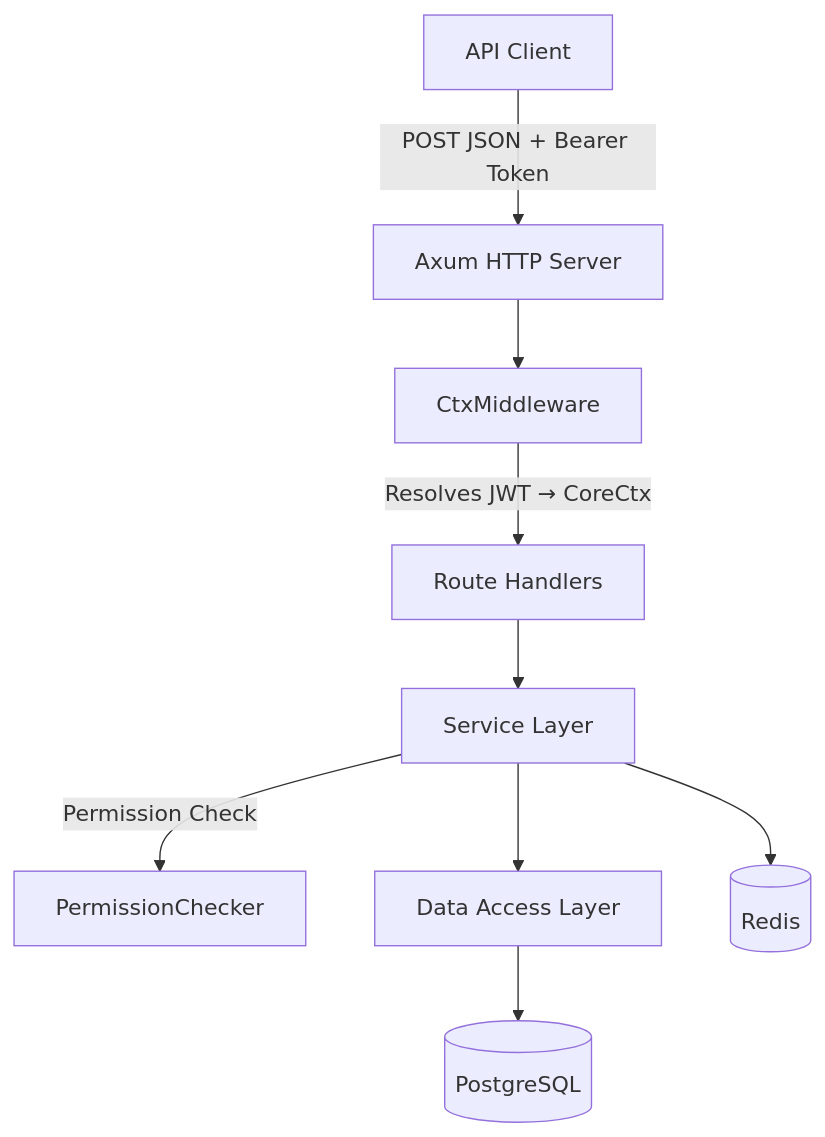
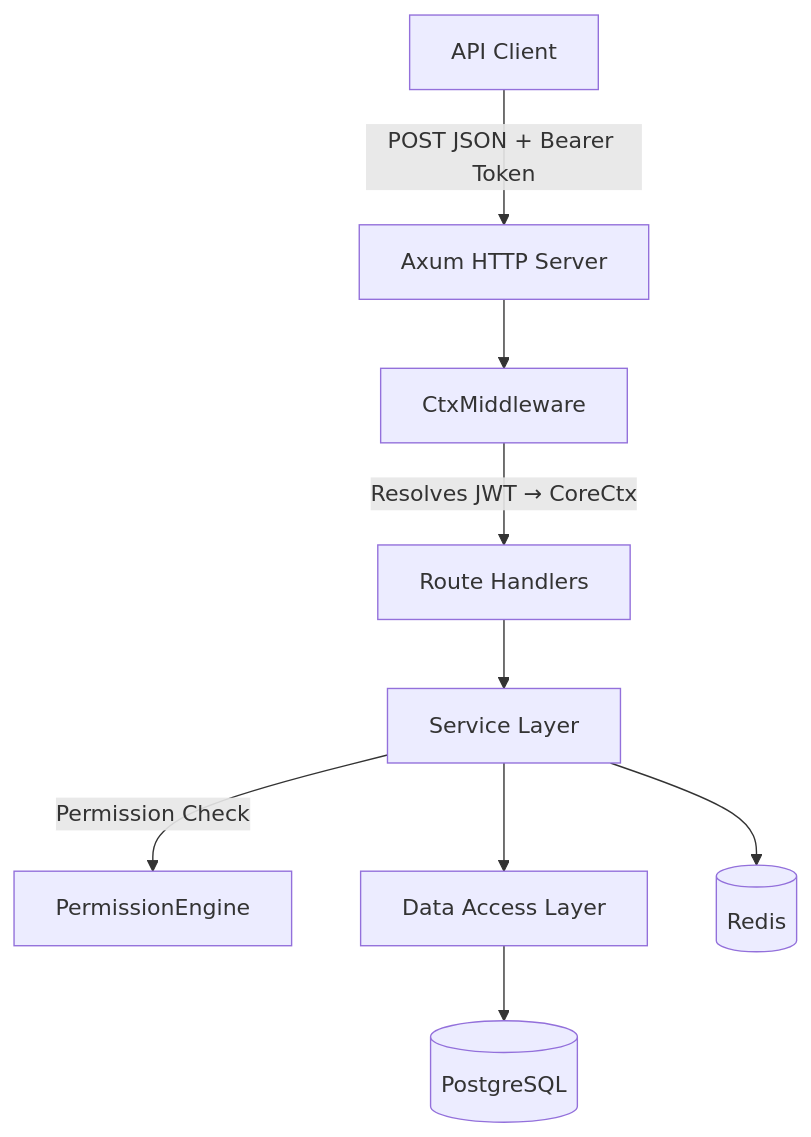
Before and after one commit to subaquatic-pierre/oxideauth-docs: the first of 2 diagrams in docs/index.md, drawn with Mermaid. The commit also changed other lines of this file and 2 other files, not shown here.

Commit message:
update PermissionChecker to PermissionEngine

````diff
--- a/docs/index.md
+++ b/docs/index.md
@@ -19,11 +19,11 @@
 ```mermaid
 graph TD
     Client[API Client] -->|POST JSON + Bearer Token| Axum[Axum HTTP Server]
     Axum --> Auth[CtxMiddleware]
     Auth -->|Resolves JWT → CoreCtx| Handlers[Route Handlers]
     Handlers --> Services[Service Layer]
-    Services -->|Permission Check| Perms[PermissionChecker]  
+    Services -->|Permission Check| Perms[PermissionEngine]
     Services --> Store[Data Access Layer]
     Store --> PG[(PostgreSQL)]
     Services --> Cache[(Redis)]
 ```
````
